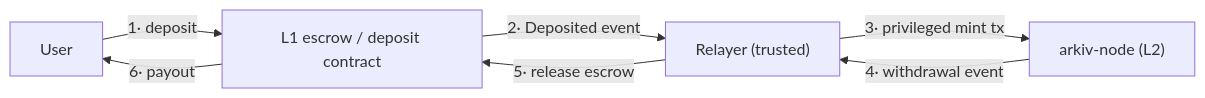
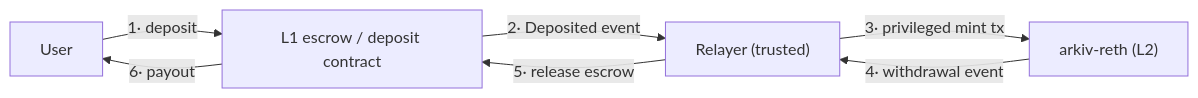
The sixth of 7 diagrams in docs/september-action-plan.md (Arkiv-Network/arkiv), drawn with Mermaid before and after one commit. The commit also changed other lines of this file, not shown here.

Commit message:
docs: rename arkiv-node to arkiv-reth in the September action plan (#54)

````diff
--- a/docs/september-action-plan.md
+++ b/docs/september-action-plan.md
@@ -293,9 +293,9 @@
 ```mermaid
 graph LR
   U["User"] -->|1· deposit| EP["L1 escrow / deposit contract"]
   EP -->|2· Deposited event| RL["Relayer (trusted)"]
-  RL -->|3· privileged mint tx| L2["arkiv-node (L2)"]
+  RL -->|3· privileged mint tx| L2["arkiv-reth (L2)"]
   L2 -->|4· withdrawal event| RL
   RL -->|5· release escrow| EP
   EP -->|6· payout| U
 ```
````
